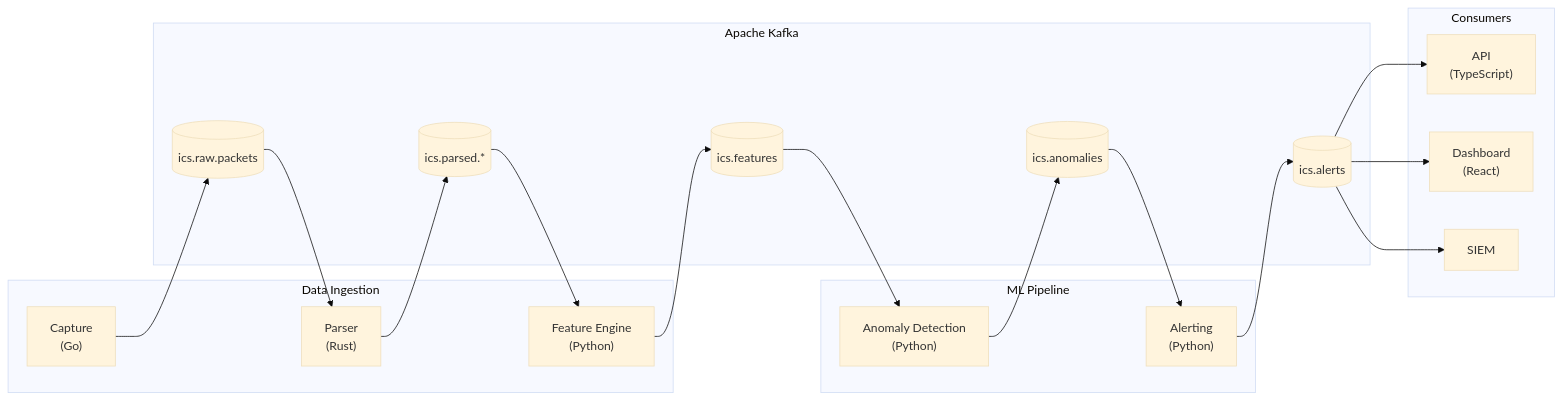
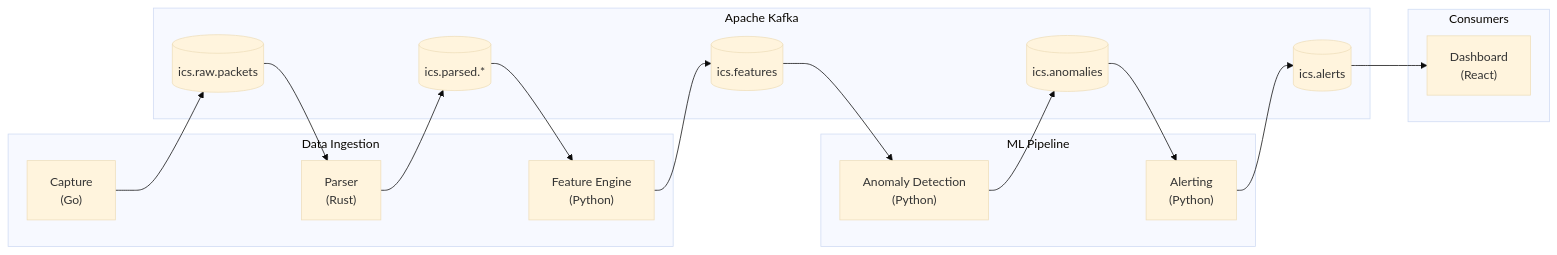
Before and after one commit to caverac/ics-anomaly-detection: the diagram in README.md, drawn with Mermaid (base theme). The commit also changed other lines of this file and 8 other files, not shown here.

````diff
--- a/README.md
+++ b/README.md
@@ -16,40 +16,36 @@
 ```mermaid
 flowchart LR
     subgraph ingestion["Data Ingestion"]
         capture["Capture<br/>(Go)"]
         parser["Parser<br/>(Rust)"]
         features["Feature Engine<br/>(Python)"]
     end
 
     subgraph ml["ML Pipeline"]
         anomaly["Anomaly Detection<br/>(Python)"]
         alerting["Alerting<br/>(Python)"]
     end
 
     subgraph kafka["Apache Kafka"]
         raw[("ics.raw.packets")]
         parsed[("ics.parsed.*")]
         feat[("ics.features")]
         anomalies[("ics.anomalies")]
         alerts_topic[("ics.alerts")]
     end
 
     subgraph consumers["Consumers"]
-        api["API<br/>(TypeScript)"]
         dashboard["Dashboard<br/>(React)"]
-        siem["SIEM"]
     end
 
     capture --> raw
     raw --> parser
     parser --> parsed
     parsed --> features
     features --> feat
     feat --> anomaly
     anomaly --> anomalies
     anomalies --> alerting
     alerting --> alerts_topic
-    alerts_topic --> api
     alerts_topic --> dashboard
-    alerts_topic --> siem
 ```
````
